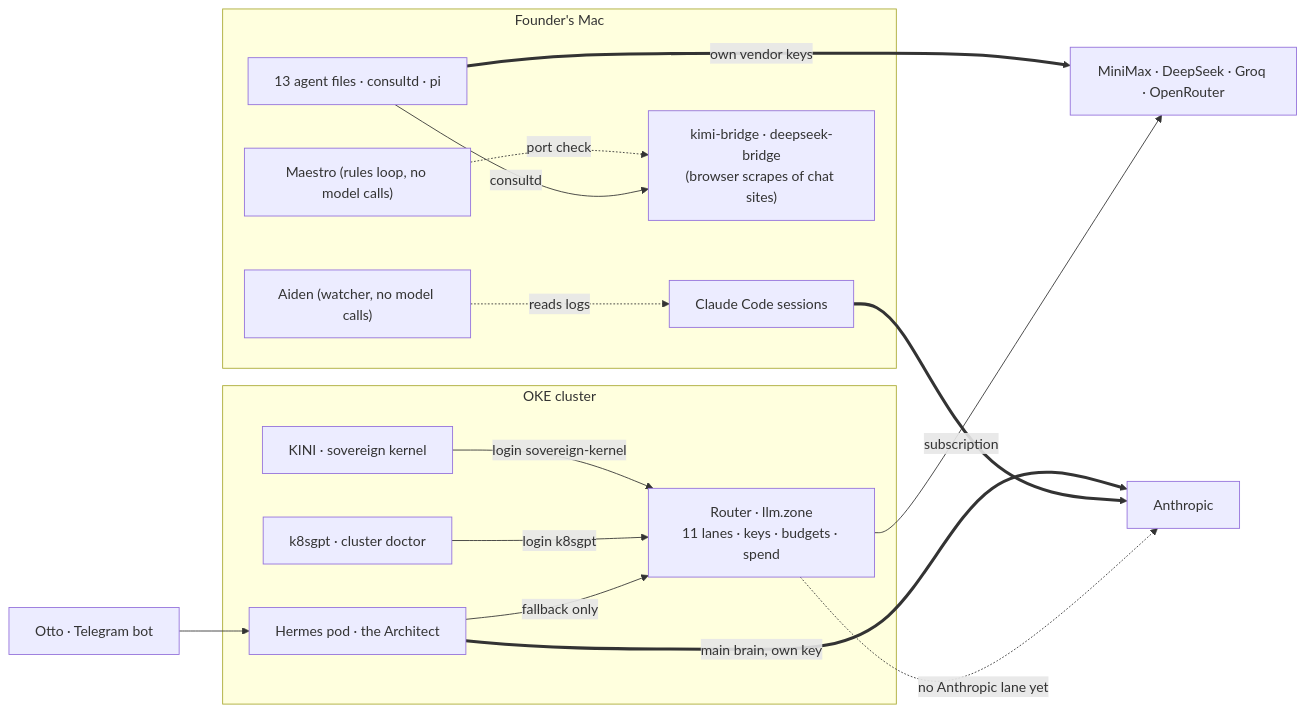
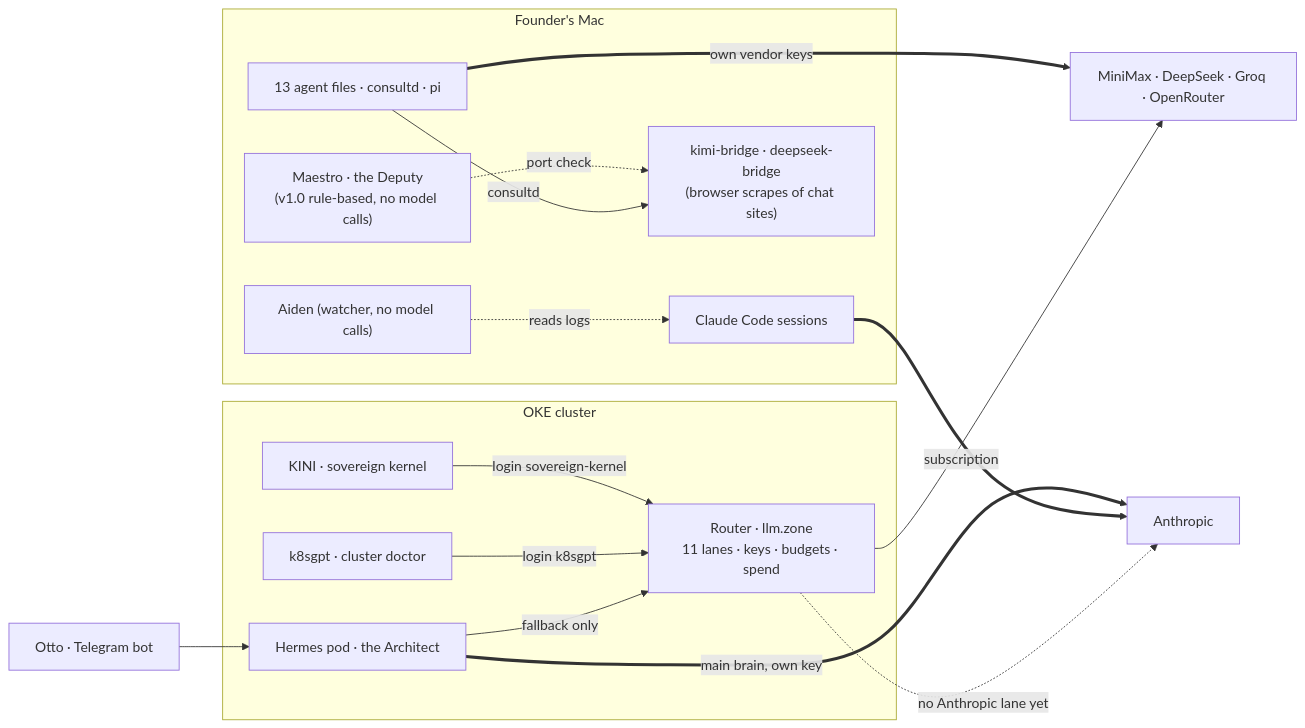
The first of 2 diagrams in docs/explanation/architecture/model-stack.md (chidionyema/idp), drawn with Mermaid before and after one commit. The commit also changed other lines of this file, not shown here.

Commit message:
docs(crew#568): Maestro described from its spec (the Deputy), not from a guess

````diff
--- a/docs/explanation/architecture/model-stack.md
+++ b/docs/explanation/architecture/model-stack.md
@@ -18,28 +18,28 @@
 ```mermaid
 flowchart LR
   subgraph MAC["Founder's Mac"]
     CC["Claude Code sessions"]
     AGENTS["13 agent files · consultd · pi"]
     AIDEN["Aiden (watcher, no model calls)"]
-    MAESTRO["Maestro (rules loop, no model calls)"]
+    MAESTRO["Maestro · the Deputy<br/>(v1.0 rule-based, no model calls)"]
     BRIDGES["kimi-bridge · deepseek-bridge<br/>(browser scrapes of chat sites)"]
     AIDEN -. reads logs .-> CC
     MAESTRO -. port check .-> BRIDGES
     AGENTS -- "consultd" --> BRIDGES
   end
   subgraph CLUSTER["OKE cluster"]
     KINI["KINI · sovereign kernel"]
     K8S["k8sgpt · cluster doctor"]
     HERMES["Hermes pod · the Architect"]
     ROUTER["Router · llm.zone<br/>11 lanes · keys · budgets · spend"]
   end
   OTTO["Otto · Telegram bot"] --> HERMES
   KINI -- "login sovereign-kernel" --> ROUTER
   K8S -- "login k8sgpt" --> ROUTER
   HERMES -- "fallback only" --> ROUTER
   HERMES == "main brain, own key" ==> ANTH["Anthropic"]
   CC == "subscription" ==> ANTH
   AGENTS == "own vendor keys" ==> VENDORS["MiniMax · DeepSeek · Groq · OpenRouter"]
   ROUTER --> VENDORS
   ROUTER -. "no Anthropic lane yet" .-> ANTH
 ```
````
